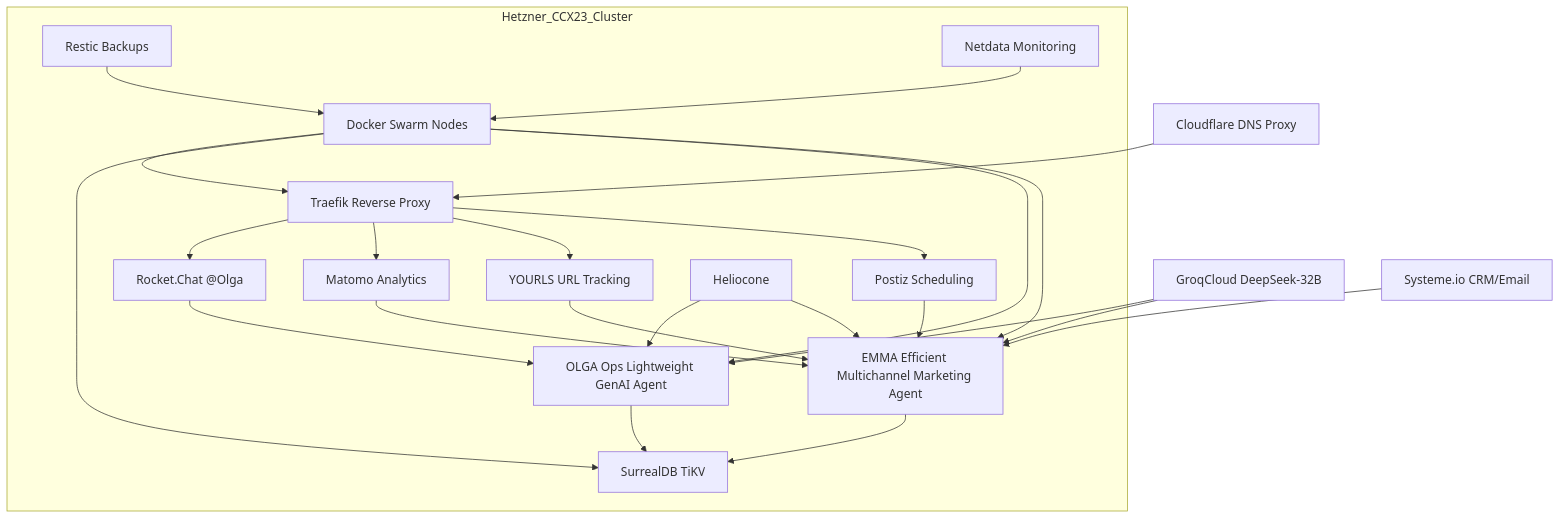
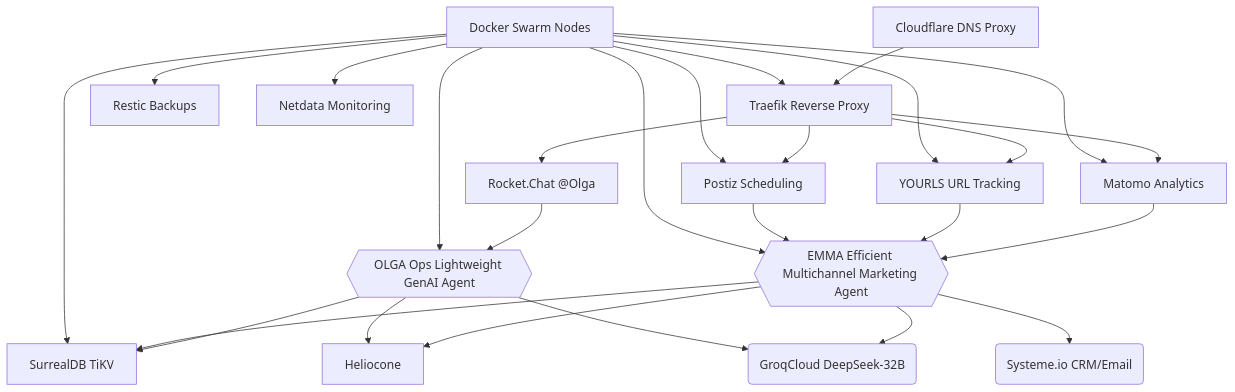
The third of 4 diagrams in projects/bnb/v6-b.md (deepbrainspace/deepbrain-stack), drawn with Mermaid before and after one commit. The commit also changed other lines of this file, not shown here.

````diff
--- a/projects/bnb/v6-b.md
+++ b/projects/bnb/v6-b.md
@@ -107,28 +66,28 @@
 ```mermaid
-graph TD
-    subgraph Hetzner_CCX23_Cluster
-        A[Rocket.Chat @Olga] --> B[OLGA Ops Lightweight GenAI Agent]
-        B --> C[SurrealDB TiKV]
-        G[Matomo Analytics] --> H[EMMA Efficient Multichannel Marketing Agent]
-        I[YOURLS URL Tracking] --> H
-        J[Postiz Scheduling] --> H
-        H --> C
-        E[Traefik Reverse Proxy] --> A
-        E --> G
-        E --> I
-        E --> J
-        F[Heliocone] --> B
-        F --> H
-        Q[Docker Swarm Nodes] --> E
-        Q --> C
-        Q --> B
-        Q --> H
-        R[Restic Backups] --> Q
-        S[Netdata Monitoring] --> Q
-    end
-
-    T[GroqCloud DeepSeek-32B] --> B
-    T --> H
-    U[Cloudflare DNS Proxy] --> E
-    V[Systeme.io CRM/Email] --> H
+flowchart TD
+    U[Cloudflare DNS Proxy] --> E[Traefik Reverse Proxy]
+    E --> A[Rocket.Chat @Olga]
+    A --> B{{OLGA Ops Lightweight GenAI Agent}}
+    B --> C[SurrealDB TiKV]
+    E --> G[Matomo Analytics]
+    E --> I[YOURLS URL Tracking]
+    E --> J[Postiz Scheduling]
+    G --> H{{EMMA Efficient Multichannel Marketing Agent}}
+    I --> H
+    J --> H
+    H --> C
+    H --> F[Heliocone]
+    B --> F
+    H --> T(GroqCloud DeepSeek-32B)
+    B --> T
+    H --> V(Systeme.io CRM/Email)
+    Q[Docker Swarm Nodes] --> E
+    Q --> C
+    Q --> B
+    Q --> H
+    Q --> G
+    Q --> I
+    Q --> J
+    Q --> R[Restic Backups]
+    Q --> S[Netdata Monitoring]
 ```
````
